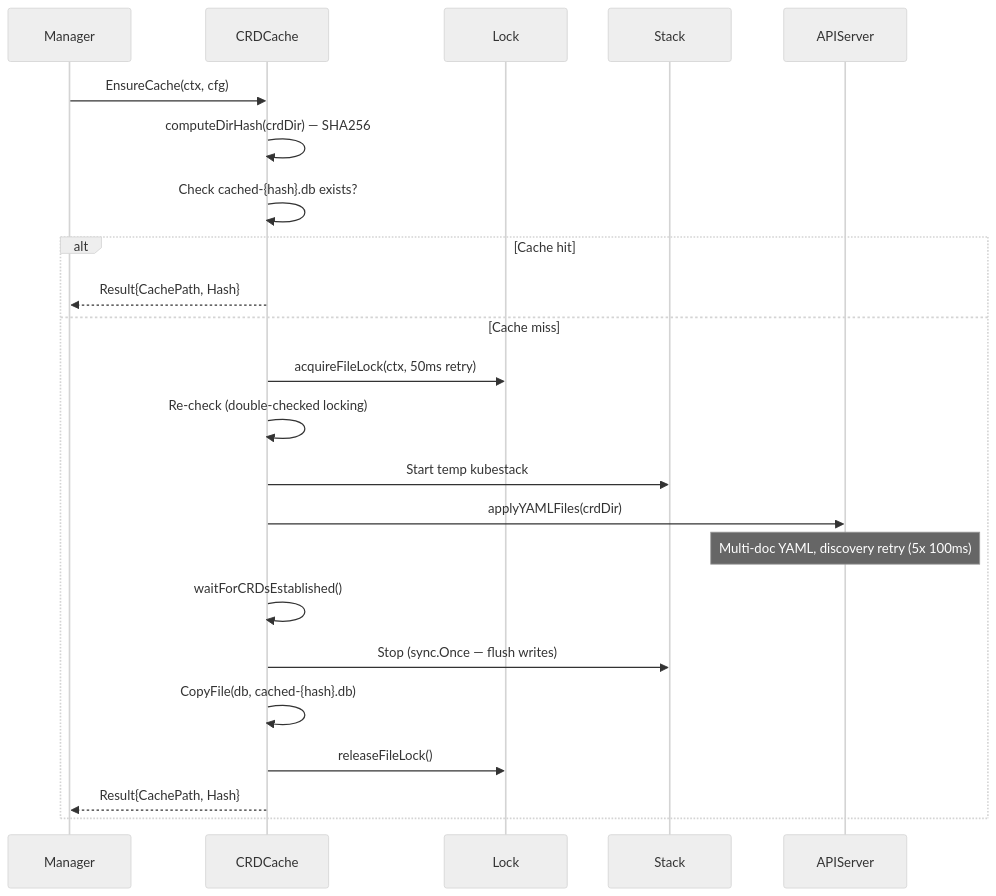
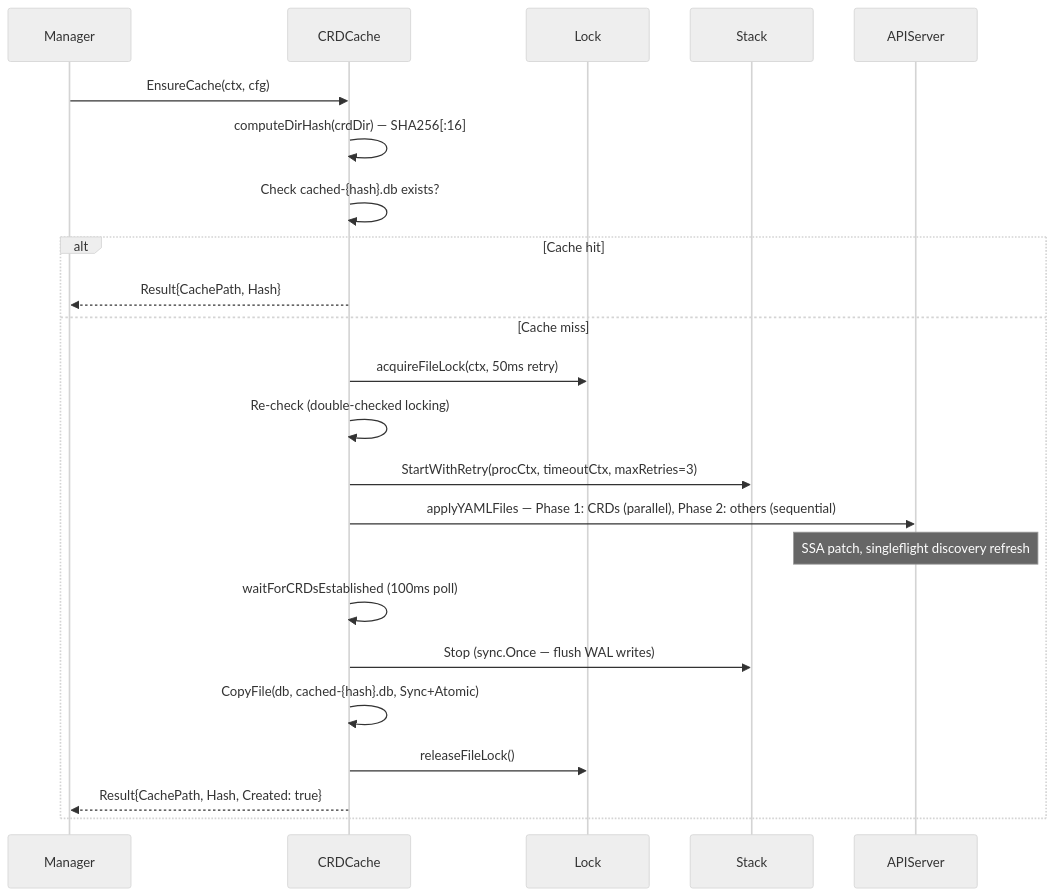
The third of 4 diagrams in docs/CODEBASE_MAP.md (giantswarm/k8senv), drawn with Mermaid (neutral theme) before and after one commit. The commit also changed other lines of this file, not shown here.

````diff
--- a/docs/CODEBASE_MAP.md
+++ b/docs/CODEBASE_MAP.md
@@ -662,27 +711,27 @@
 ```mermaid
 sequenceDiagram
     participant Manager
     participant CRDCache
     participant Lock
     participant Stack
     participant APIServer
 
     Manager->>CRDCache: EnsureCache(ctx, cfg)
-    CRDCache->>CRDCache: computeDirHash(crdDir) — SHA256
+    CRDCache->>CRDCache: computeDirHash(crdDir) — SHA256[:16]
     CRDCache->>CRDCache: Check cached-{hash}.db exists?
 
     alt Cache hit
         CRDCache-->>Manager: Result{CachePath, Hash}
     else Cache miss
         CRDCache->>Lock: acquireFileLock(ctx, 50ms retry)
         CRDCache->>CRDCache: Re-check (double-checked locking)
-        CRDCache->>Stack: Start temp kubestack
-        CRDCache->>APIServer: applyYAMLFiles(crdDir)
-        Note over APIServer: Multi-doc YAML, discovery retry (5x 100ms)
-        CRDCache->>CRDCache: waitForCRDsEstablished()
-        CRDCache->>Stack: Stop (sync.Once — flush writes)
-        CRDCache->>CRDCache: CopyFile(db, cached-{hash}.db)
+        CRDCache->>Stack: StartWithRetry(procCtx, timeoutCtx, maxRetries=3)
+        CRDCache->>APIServer: applyYAMLFiles — Phase 1: CRDs (parallel), Phase 2: others (sequential)
+        Note over APIServer: SSA patch, singleflight discovery refresh
+        CRDCache->>CRDCache: waitForCRDsEstablished (100ms poll)
+        CRDCache->>Stack: Stop (sync.Once — flush WAL writes)
+        CRDCache->>CRDCache: CopyFile(db, cached-{hash}.db, Sync+Atomic)
         CRDCache->>Lock: releaseFileLock()
-        CRDCache-->>Manager: Result{CachePath, Hash}
+        CRDCache-->>Manager: Result{CachePath, Hash, Created: true}
     end
 ```
````
